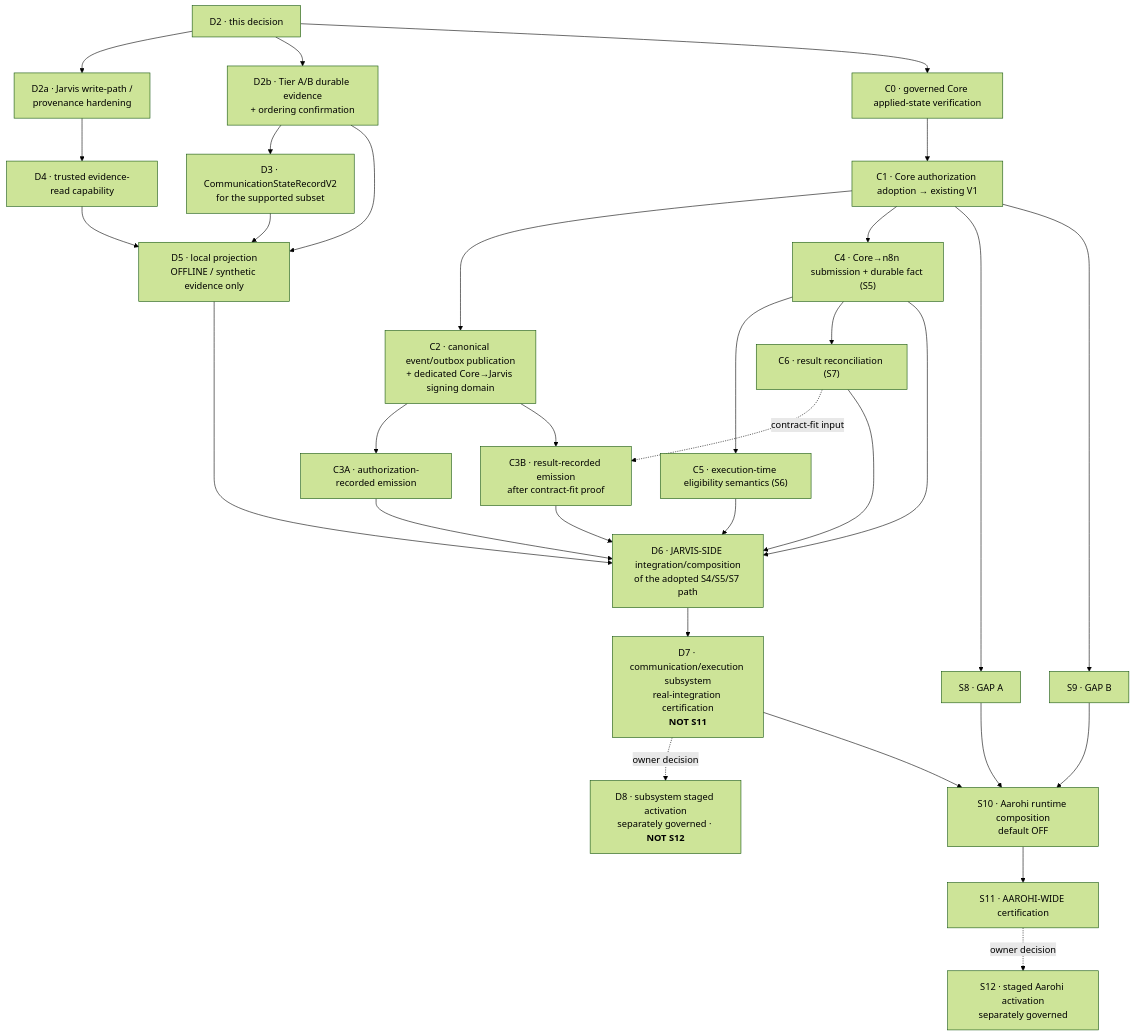
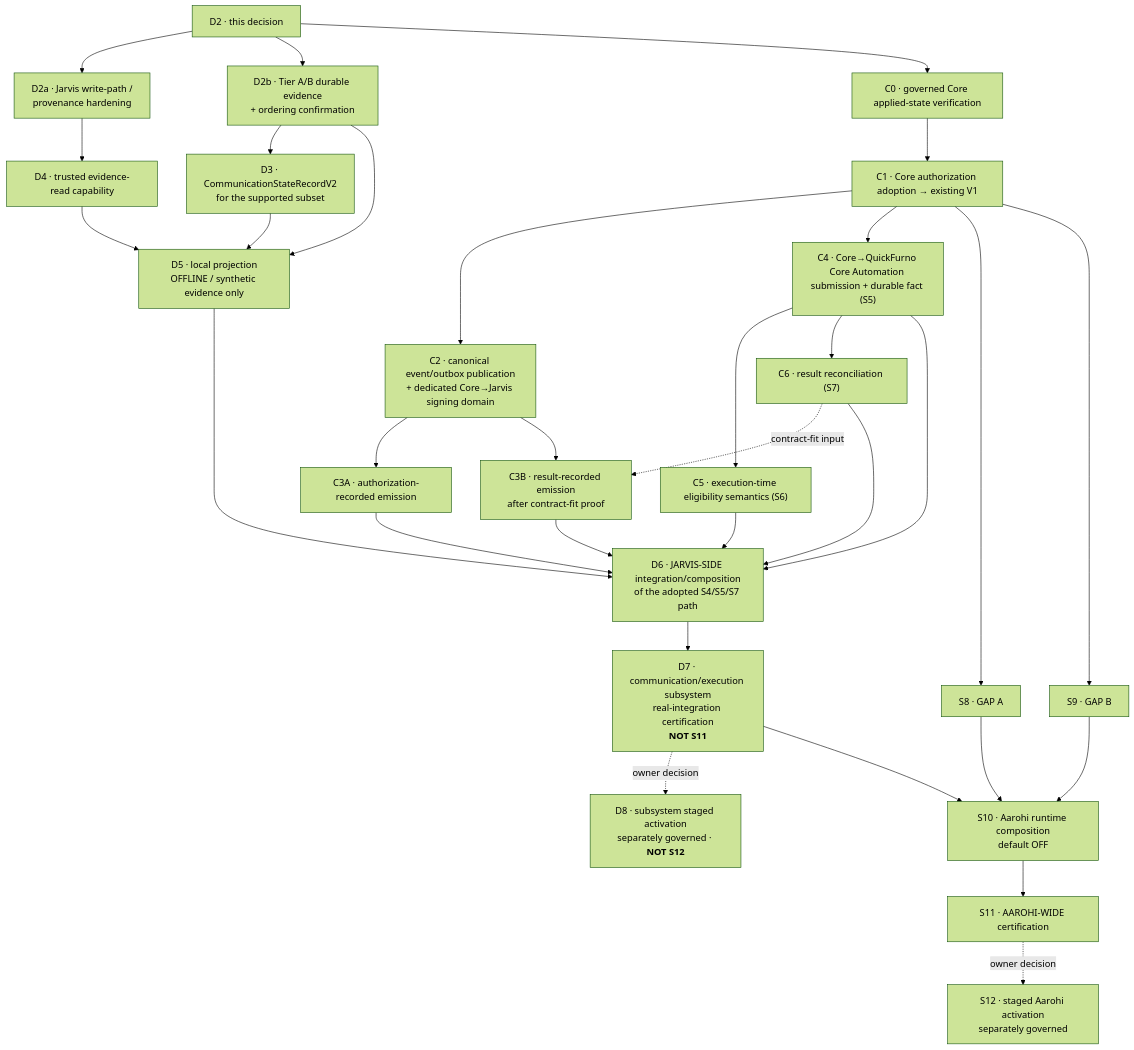
Before and after one commit to quickfurno-maker/qf-jarvis: the diagram in docs/architecture/qfj-p10-core-protocol-event-adoption-plan.md, drawn with Mermaid (forest theme). The commit also changed other lines of this file and 531 other files, not shown here.

````diff
--- a/docs/architecture/qfj-p10-core-protocol-event-adoption-plan.md
+++ b/docs/architecture/qfj-p10-core-protocol-event-adoption-plan.md
@@ -229,59 +229,59 @@
 ```mermaid
 flowchart TD
     D2["D2 · this decision"]
     D2a["D2a · Jarvis write-path /<br/>provenance hardening"]
     D2b["D2b · Tier A/B durable evidence<br/>+ ordering confirmation"]
     D4["D4 · trusted evidence-read capability"]
     D3["D3 · CommunicationStateRecordV2<br/>for the supported subset"]
     D5["D5 · local projection<br/>OFFLINE / synthetic evidence only"]
     C0["C0 · governed Core applied-state verification"]
     C1["C1 · Core authorization adoption → existing V1"]
     C2["C2 · canonical event/outbox publication<br/>+ dedicated Core→Jarvis signing domain"]
     C3A["C3A · authorization-recorded emission"]
     C3B["C3B · result-recorded emission<br/>after contract-fit proof"]
-    C4["C4 · Core→n8n submission + durable fact (S5)"]
+    C4["C4 · Core→QuickFurno Core Automation submission + durable fact (S5)"]
     C5["C5 · execution-time eligibility semantics (S6)"]
     C6["C6 · result reconciliation (S7)"]
     S8["S8 · GAP A"]
     S9["S9 · GAP B"]
     D6["D6 · JARVIS-SIDE integration/composition<br/>of the adopted S4/S5/S7 path"]
     D7["D7 · communication/execution subsystem<br/>real-integration certification<br/><b>NOT S11</b>"]
     D8["D8 · subsystem staged activation<br/>separately governed · <b>NOT S12</b>"]
     S10["S10 · Aarohi runtime composition<br/>default OFF"]
     S11["S11 · AAROHI-WIDE certification"]
     S12["S12 · staged Aarohi activation<br/>separately governed"]
 
     D2 --> D2a --> D4
     D2 --> D2b --> D3
     D3 --> D5
     D4 --> D5
     D2b --> D5
     D2 --> C0 --> C1 --> C2
     C2 --> C3A
     C2 --> C3B
     C1 --> C4 --> C5
     C4 --> C6
     C6 -.contract-fit input.-> C3B
     C1 --> S8
     C1 --> S9
 
     %% Layer A — the narrower communication/execution subsystem.
     %% The C-track adopts external capability; D6 integrates it on the Jarvis side.
     %% Neither replaces the other, and S8/S9 are deliberately NOT in this path.
     C3A --> D6
     C3B --> D6
     C4 --> D6
     C5 --> D6
     C6 --> D6
     D5 --> D6
     D6 --> D7
     D7 -.owner decision.-> D8
 
     %% Layer B — the Aarohi-wide runtime. It consumes the ALREADY-certified subsystem
     %% and additionally requires S8 and S9, which gate this layer and not D7.
     D7 --> S10
     S8 --> S10
     S9 --> S10
     S10 --> S11
     S11 -.owner decision.-> S12
 ```
````
